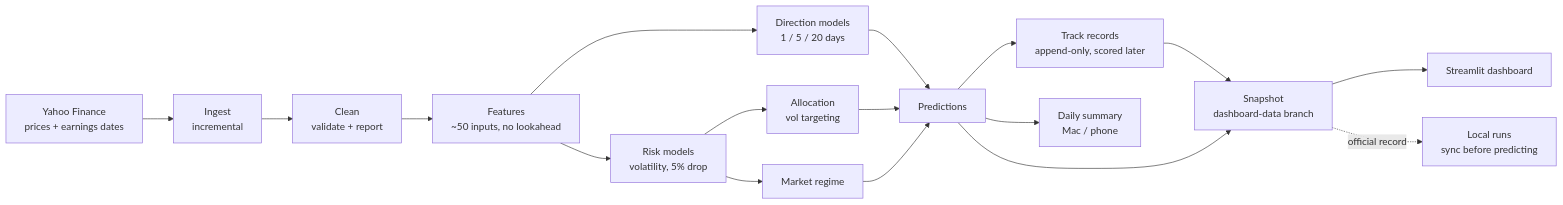
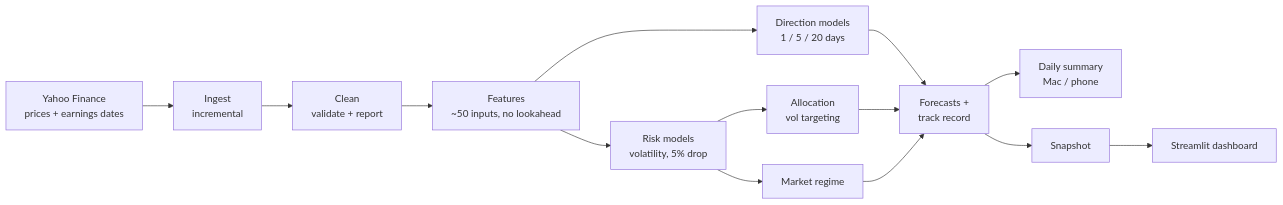
The diagram in README.md (Chrish1603/Stock-Market-Predictor), drawn with Mermaid before and after one commit. The commit also changed other lines of this file and 3 other files, not shown here.

````diff
--- a/README.md
+++ b/README.md
@@ -95,19 +39,16 @@
 ```mermaid
 flowchart LR
   Y[Yahoo Finance<br/>prices + earnings dates] --> I[Ingest<br/>incremental]
   I --> C[Clean<br/>validate + report]
   C --> F[Features<br/>~50 inputs, no lookahead]
   F --> D[Direction models<br/>1 / 5 / 20 days]
   F --> R[Risk models<br/>volatility, 5% drop]
   R --> A[Allocation<br/>vol targeting]
   R --> G[Market regime]
-  D --> P[Predictions]
+  D --> P[Forecasts +<br/>track record]
   A --> P
   G --> P
-  P --> T[Track records<br/>append-only, scored later]
   P --> N[Daily summary<br/>Mac / phone]
-  T --> S[Snapshot<br/>dashboard-data branch]
-  P --> S
+  P --> S[Snapshot]
   S --> W[Streamlit dashboard]
-  S -. official record .-> L[Local runs<br/>sync before predicting]
 ```
````
